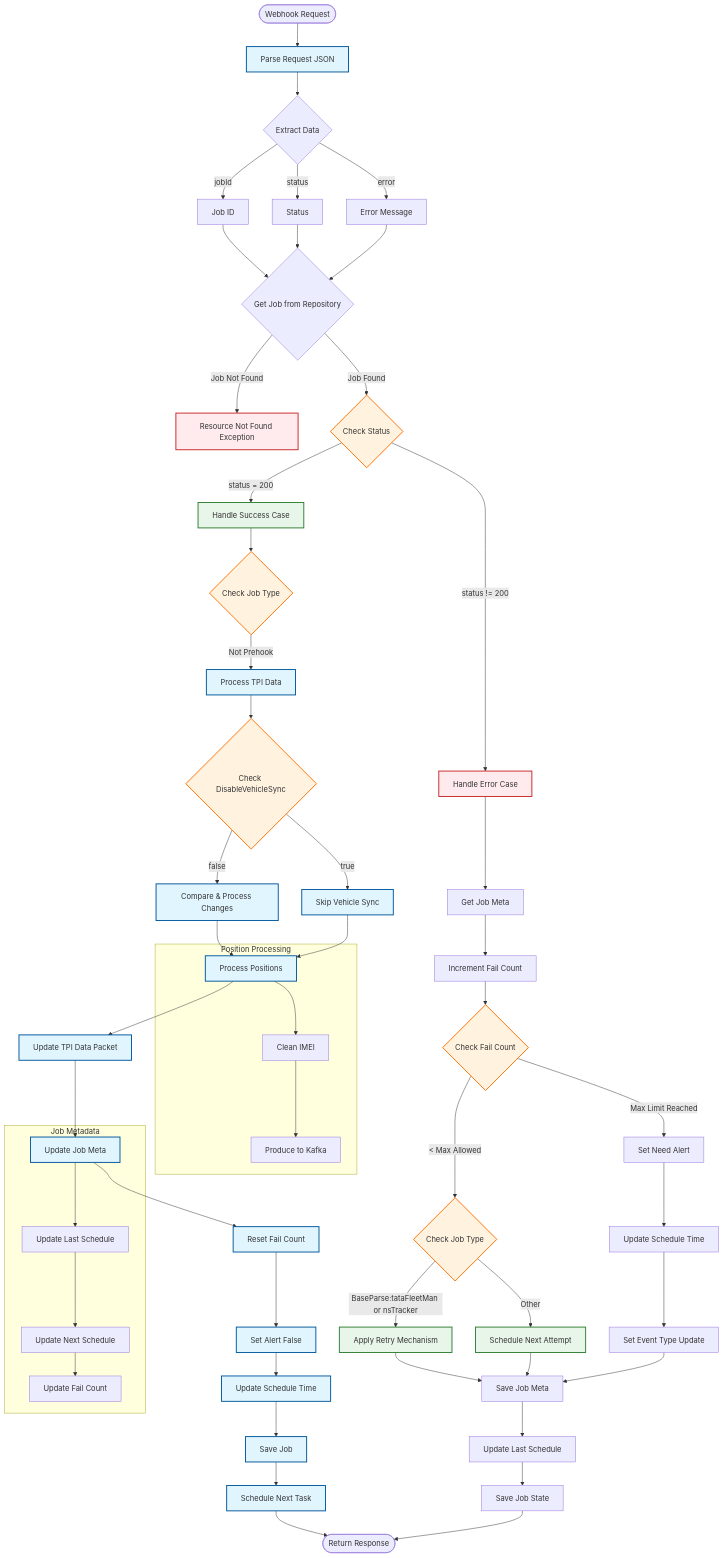
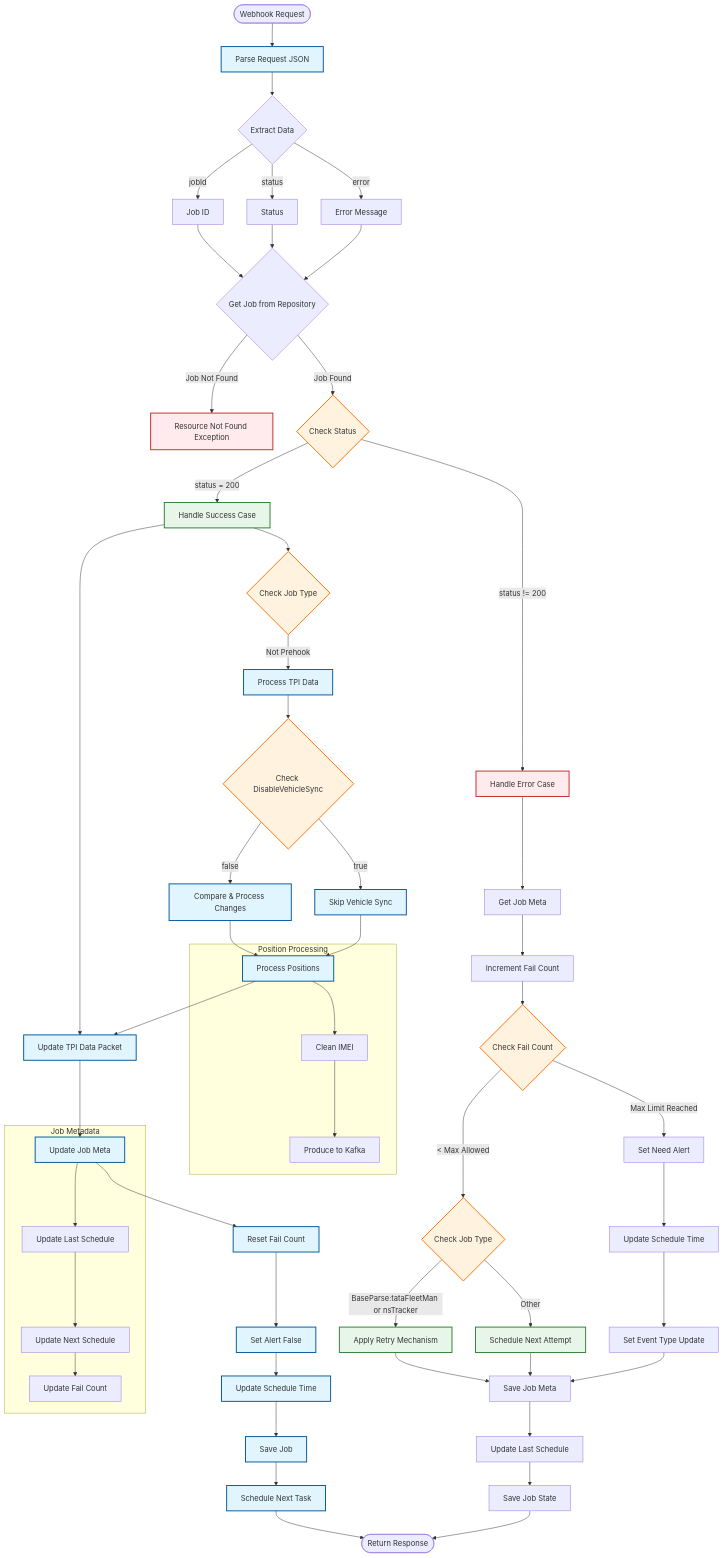
One commit to sahilFretron/myPush changed the diagram in TPI/WebhookAPI.mermaid. Above: the diagram before and after it, drawn with Mermaid.

```diff
--- a/TPI/WebhookAPI.mermaid
+++ b/TPI/WebhookAPI.mermaid
@@ -1,76 +1,77 @@
 flowchart TD
     Start([Webhook Request]) --> A[Parse Request JSON]
     A --> B{Extract Data}
     B --> |jobId| C[Job ID]
     B --> |status| D[Status]
     B --> |error| E[Error Message]
     
     C & D & E --> F{Get Job from Repository}
     F -->|Job Not Found| G[Resource Not Found Exception]
     
     F -->|Job Found| H{Check Status}
     
     %% Success Flow
     H -->|status = 200| I[Handle Success Case]
     I --> J{Check Job Type}
     J -->|Not Prehook| K[Process TPI Data]
     
     K --> L{Check DisableVehicleSync}
     L -->|false| M[Compare & Process Changes]
     L -->|true| N[Skip Vehicle Sync]
     
     M & N --> O[Process Positions]
     O --> P[Update TPI Data Packet]
     
     %% Common Success Steps
+    I --> P
     P --> Q[Update Job Meta]
     Q --> R[Reset Fail Count]
     R --> S[Set Alert False]
     S --> T[Update Schedule Time]
     T --> U[Save Job]
     U --> V[Schedule Next Task]
     
     %% Error Flow
     H -->|status != 200| W[Handle Error Case]
     W --> X[Get Job Meta]
     X --> Y[Increment Fail Count]
     
     Y --> Z{Check Fail Count}
     Z -->|< Max Allowed| AA{Check Job Type}
     AA -->|BaseParse:tataFleetMan or nsTracker| AB[Apply Retry Mechanism]
     AA -->|Other| AC[Schedule Next Attempt]
     
     Z -->|Max Limit Reached| AD[Set Need Alert]
     AD --> AE[Update Schedule Time]
     AE --> AF[Set Event Type Update]
     
     AB & AC & AF --> AG[Save Job Meta]
     AG --> AH[Update Last Schedule]
     AH --> AI[Save Job State]
     
     %% Final Steps
     V & AI --> End([Return Response])
     
     %% Subgraph for Position Processing
     subgraph Position Processing
         O --> O1[Clean IMEI]
         O1 --> O2[Produce to Kafka]
     end
     
     %% Subgraph for Job Meta Updates
     subgraph Job Metadata
         Q --> Q1[Update Last Schedule]
         Q1 --> Q2[Update Next Schedule]
         Q2 --> Q3[Update Fail Count]
     end
     
     %% Styling
     classDef process fill:#e1f5fe,stroke:#01579b,stroke-width:2px
     classDef decision fill:#fff3e0,stroke:#ff6f00,stroke-width:2px
     classDef error fill:#ffebee,stroke:#c62828,stroke-width:2px
     classDef success fill:#e8f5e9,stroke:#2e7d32,stroke-width:2px
     
     class A,K,M,N,O,P,Q,R,S,T,U,V process
     class H,J,L,Z,AA decision
     class G,W,ErrorLog error
     class I,AB,AC success
```
